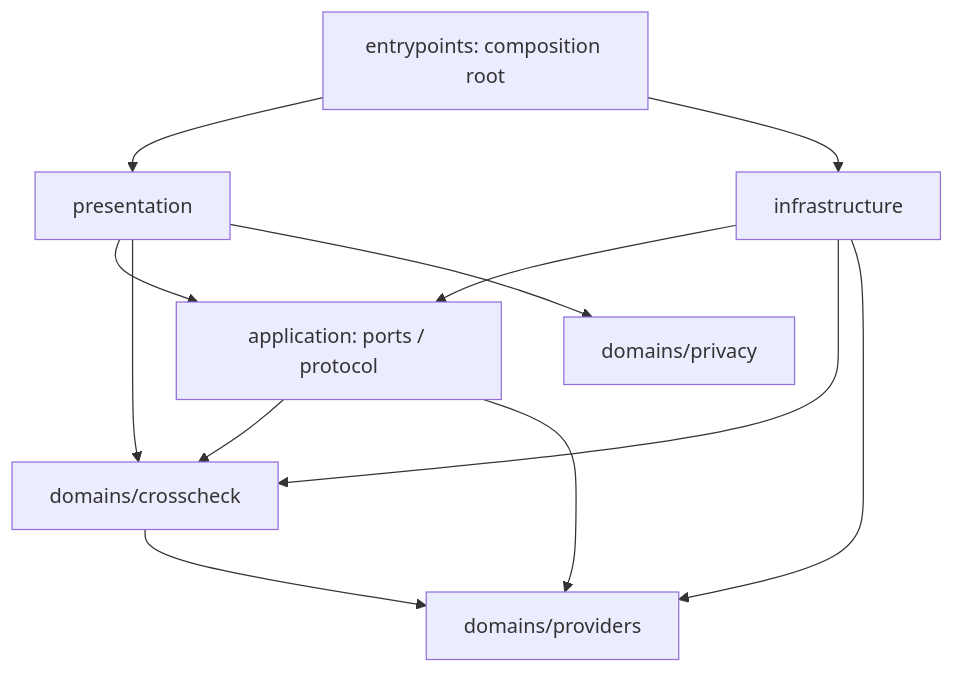
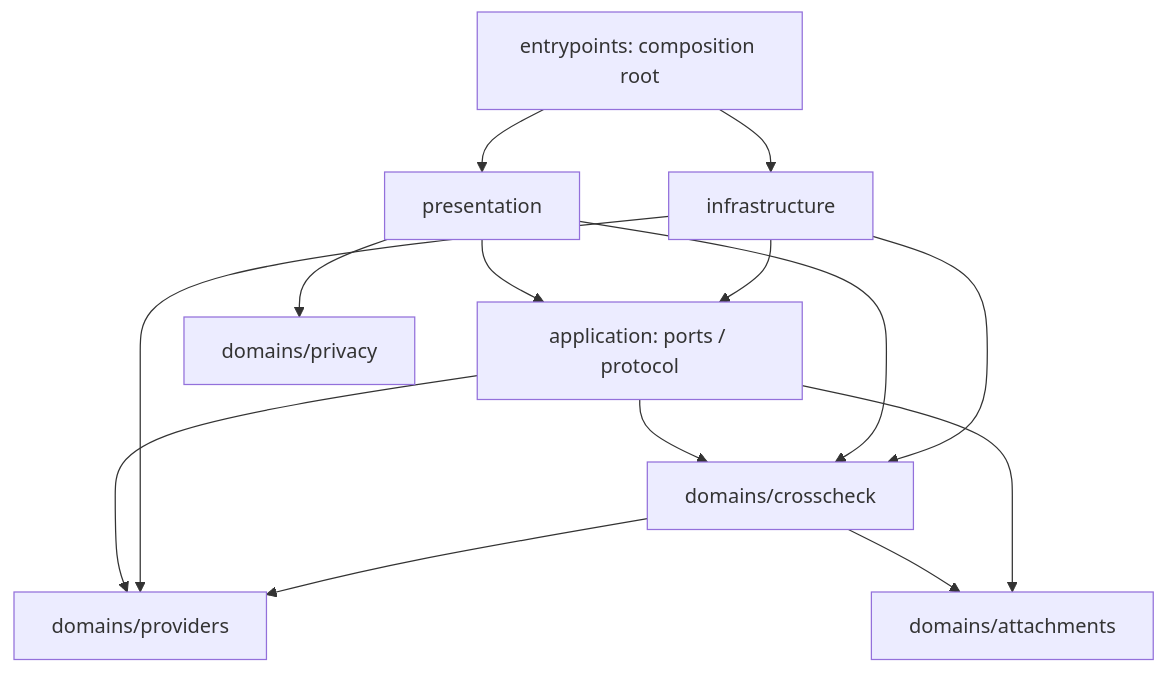
One commit to baba9811/multi-ai-checker changed the diagram in docs/architecture/overview.md. Above: the diagram before and after it, drawn with Mermaid. The commit also changed other lines of this file and 66 other files, not shown here.

````diff
--- a/docs/architecture/overview.md
+++ b/docs/architecture/overview.md
@@ -29,14 +30,16 @@
 ```mermaid
 flowchart TD
     Entry[entrypoints: composition root] --> UI[presentation]
     Entry --> Infra[infrastructure]
     UI --> App[application: ports / protocol]
     Infra --> App
     App --> Cross[domains/crosscheck]
     App --> Providers[domains/providers]
     UI --> Cross
     UI --> Privacy[domains/privacy]
     Infra --> Cross
     Infra --> Providers
     Cross --> Providers
+    Cross --> Attachments[domains/attachments]
+    App --> Attachments
 ```
````
